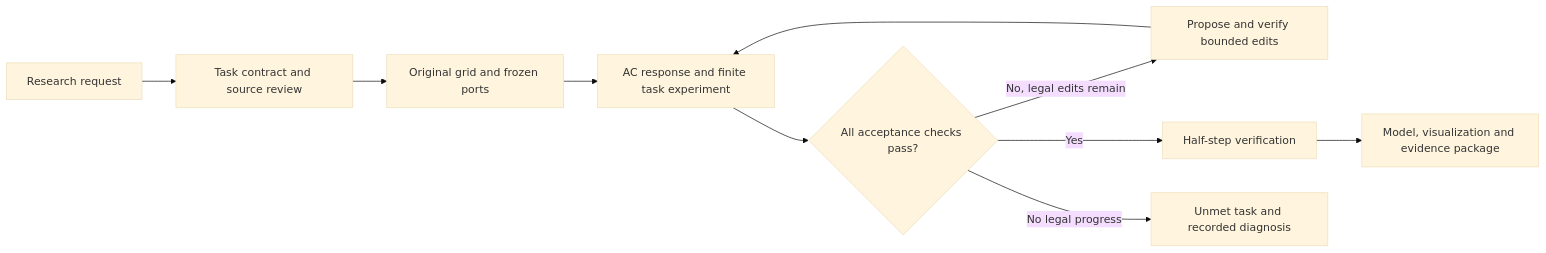
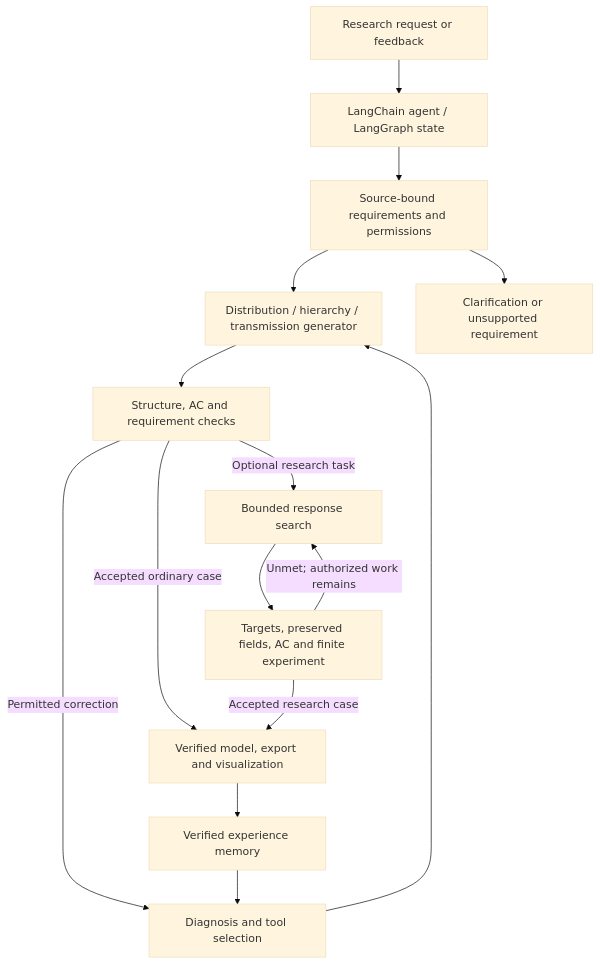
One commit to ZachariahZhou/GridGen-Agents changed the diagram in docs/architecture.md. Above: the diagram before and after it, drawn with Mermaid (base theme). The commit also changed other lines of this file and 222 other files, not shown here.

````diff
--- a/docs/architecture.md
+++ b/docs/architecture.md
@@ -69,12 +5,17 @@
 ```mermaid
-flowchart LR
-    A[Research request] --> B[Task contract and source review]
-    B --> C[Original grid and frozen ports]
-    C --> D[AC response and finite task experiment]
-    D --> E{All acceptance checks pass?}
-    E -->|No, legal edits remain| F[Propose and verify bounded edits]
-    F --> D
-    E -->|Yes| G[Half-step verification]
-    G --> H[Model, visualization and evidence package]
-    E -->|No legal progress| I[Unmet task and recorded diagnosis]
+flowchart TD
+    U[Research request or feedback] --> A[LangChain agent / LangGraph state]
+    A --> C[Source-bound requirements and permissions]
+    C --> G[Distribution / hierarchy / transmission generator]
+    C --> X[Clarification or unsupported requirement]
+    G --> V[Structure, AC and requirement checks]
+    V -->|Permitted correction| D[Diagnosis and tool selection]
+    D --> G
+    V -->|Optional research task| R[Bounded response search]
+    R --> V2[Targets, preserved fields, AC and finite experiment]
+    V2 -->|Unmet; authorized work remains| R
+    V -->|Accepted ordinary case| E[Verified model, export and visualization]
+    V2 -->|Accepted research case| E
+    E --> M[Verified experience memory]
+    M --> D
 ```
````
